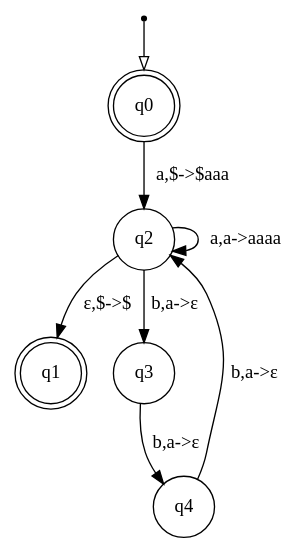
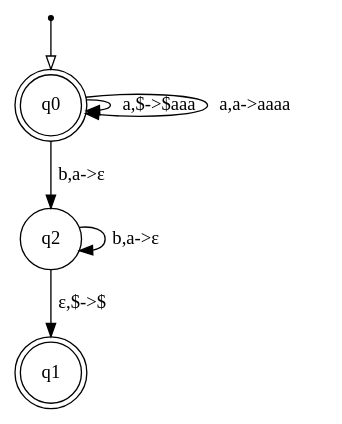
One commit to qianyouwang/cs138-hw04 changed the diagram in 1a.pda.pdf.dot. Above: the diagram before and after it, drawn with Graphviz. The commit also changed 2 other files, not shown here.

```diff
--- a/1a.pda.pdf.dot
+++ b/1a.pda.pdf.dot
@@ -1,16 +1,13 @@
 digraph {
   node [shape=point]; __start;
   node [shape = doublecircle]; q0;
   node [shape = doublecircle]; q1;
   node [shape = circle]; q2;
-  node [shape = circle]; q3;
-  node [shape = circle]; q4;
 
   __start -> q0 [arrowhead = empty];
-  q0 -> q2 [label = "a,$->$aaa"];
-  q2 -> q2 [label = "a,a->aaaa"];
-  q2 -> q3 [label = "b,a->ε"];
+  q0 -> q0 [label = "a,$->$aaa"];
+  q0 -> q0 [label = "a,a->aaaa"];
+  q0 -> q2 [label = "b,a->ε"];
+  q2 -> q2 [label = "b,a->ε"];
   q2 -> q1 [label = "ε,$->$"];
-  q3 -> q4 [label = "b,a->ε"];
-  q4 -> q2 [label = "b,a->ε"];
 }
```
